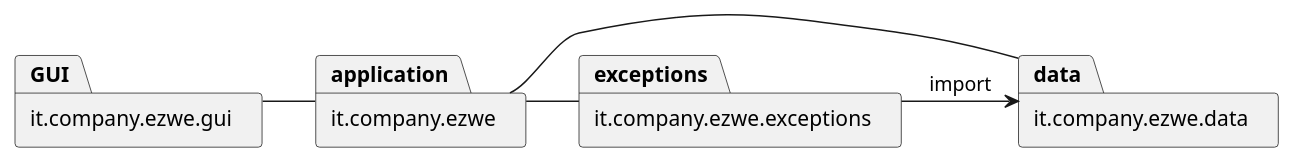
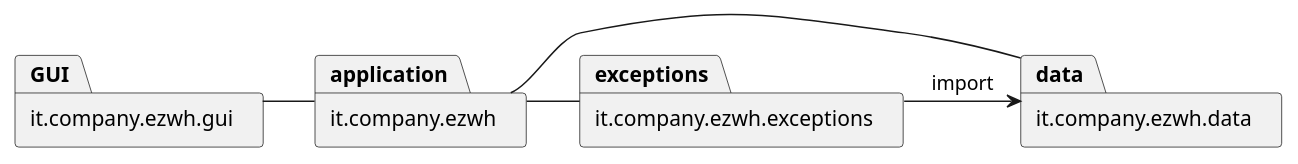
Before and after one commit to Guarecuco/EzWh: the first of 6 diagrams in DesignDocument.md, drawn with PlantUML. The commit also changed other lines of this file, not shown here.

````diff
--- a/DesignDocument.md
+++ b/DesignDocument.md
@@ -35,12 +40,12 @@
 ```plantuml
 @startuml
-package it.company.ezwe.gui as GUI
-package it.company.ezwe as application
-package it.company.ezwe.exceptions as exceptions
-package it.company.ezwe.data as data
+package it.company.ezwh.gui as GUI
+package it.company.ezwh as application
+package it.company.ezwh.exceptions as exceptions
+package it.company.ezwh.data as data
 GUI - application
 application - exceptions
 data - application
 exceptions -> data: import
 @enduml
 ```
````
